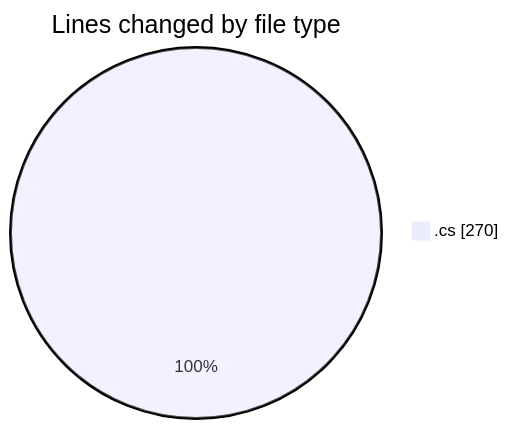
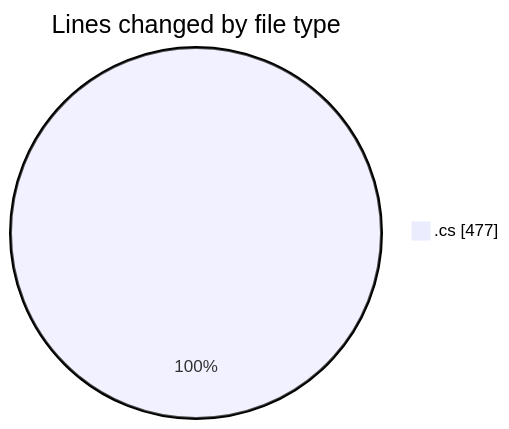
The first of 2 diagrams in 2025-04-06/back-end/README.md (Netris89/code-tracking), drawn with Mermaid before and after one commit. The commit also changed other lines of this file and 1 other file, not shown here.

````diff
--- a/2025-04-06/back-end/README.md
+++ b/2025-04-06/back-end/README.md
@@ -23,5 +24,5 @@
 ```mermaid
 pie showData
 title Lines changed by file type
-".cs" : 270
+".cs" : 477
 ```
````
